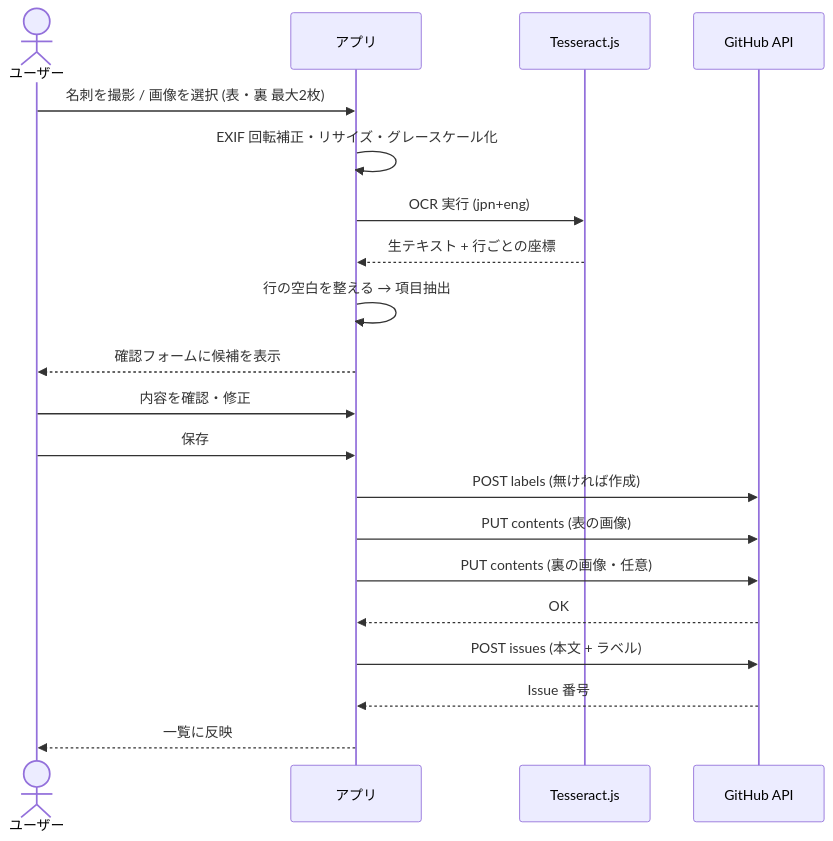
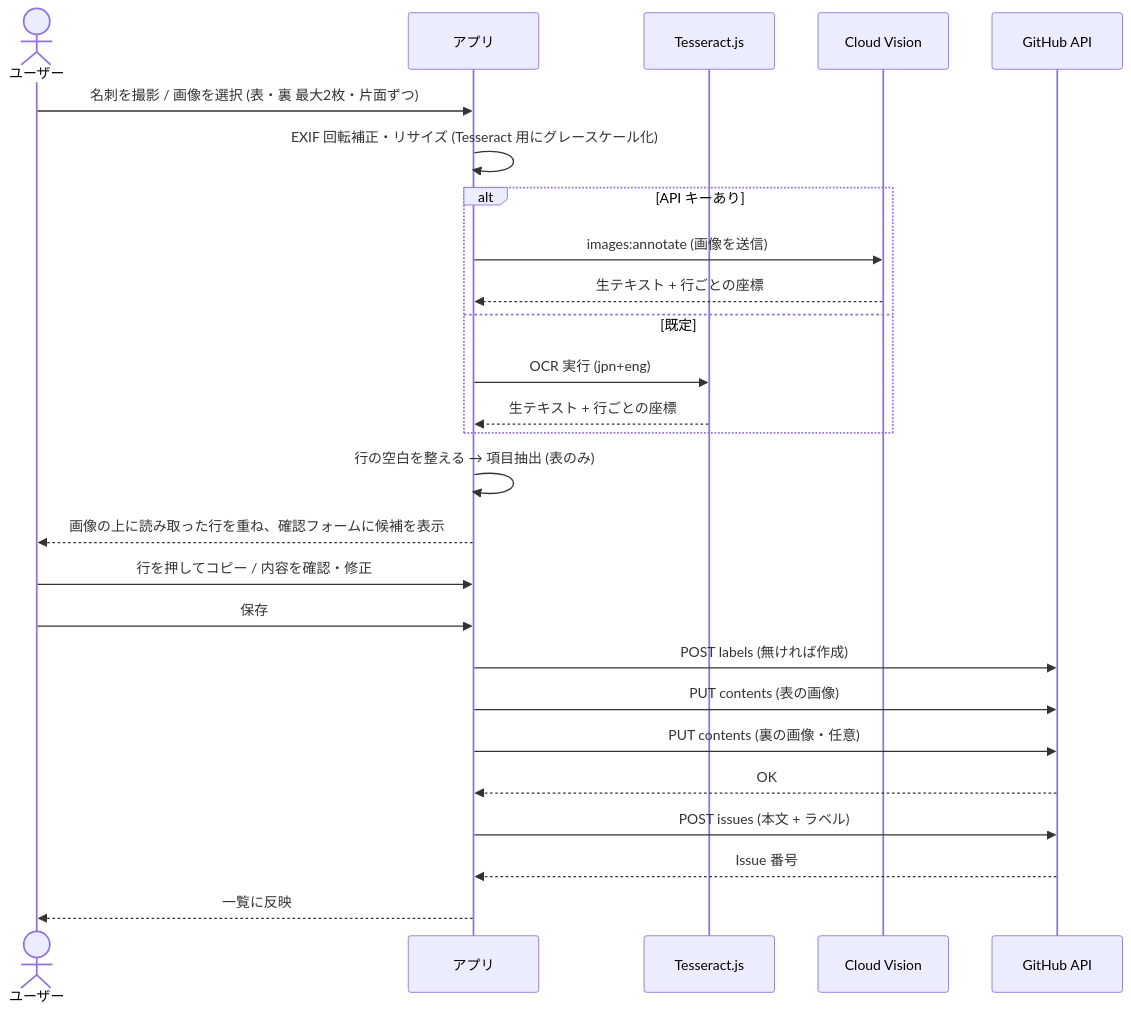
Before and after one commit to ry32767/NameCardRecorder: the second of 2 diagrams in docs/architecture.md, drawn with Mermaid. The commit also changed other lines of this file and 23 other files, not shown here.

First line of the commit message:
OCR に Cloud Vision を選べるようにし、画像を裏返せる形にする

````diff
--- a/docs/architecture.md
+++ b/docs/architecture.md
@@ -205,22 +211,28 @@
 ```mermaid
 sequenceDiagram
     actor U as ユーザー
     participant A as アプリ
     participant T as Tesseract.js
+    participant V as Cloud Vision
     participant G as GitHub API
-    U->>A: 名刺を撮影 / 画像を選択 (表・裏 最大2枚)
-    A->>A: EXIF 回転補正・リサイズ・グレースケール化
-    A->>T: OCR 実行 (jpn+eng)
-    T-->>A: 生テキスト + 行ごとの座標
-    A->>A: 行の空白を整える → 項目抽出
-    A-->>U: 確認フォームに候補を表示
-    U->>A: 内容を確認・修正
+    U->>A: 名刺を撮影 / 画像を選択 (表・裏 最大2枚・片面ずつ)
+    A->>A: EXIF 回転補正・リサイズ (Tesseract 用にグレースケール化)
+    alt API キーあり
+        A->>V: images:annotate (画像を送信)
+        V-->>A: 生テキスト + 行ごとの座標
+    else 既定
+        A->>T: OCR 実行 (jpn+eng)
+        T-->>A: 生テキスト + 行ごとの座標
+    end
+    A->>A: 行の空白を整える → 項目抽出 (表のみ)
+    A-->>U: 画像の上に読み取った行を重ね、確認フォームに候補を表示
+    U->>A: 行を押してコピー / 内容を確認・修正
     U->>A: 保存
     A->>G: POST labels (無ければ作成)
     A->>G: PUT contents (表の画像)
     A->>G: PUT contents (裏の画像・任意)
     G-->>A: OK
     A->>G: POST issues (本文 + ラベル)
     G-->>A: Issue 番号
     A-->>U: 一覧に反映
 ```
````
